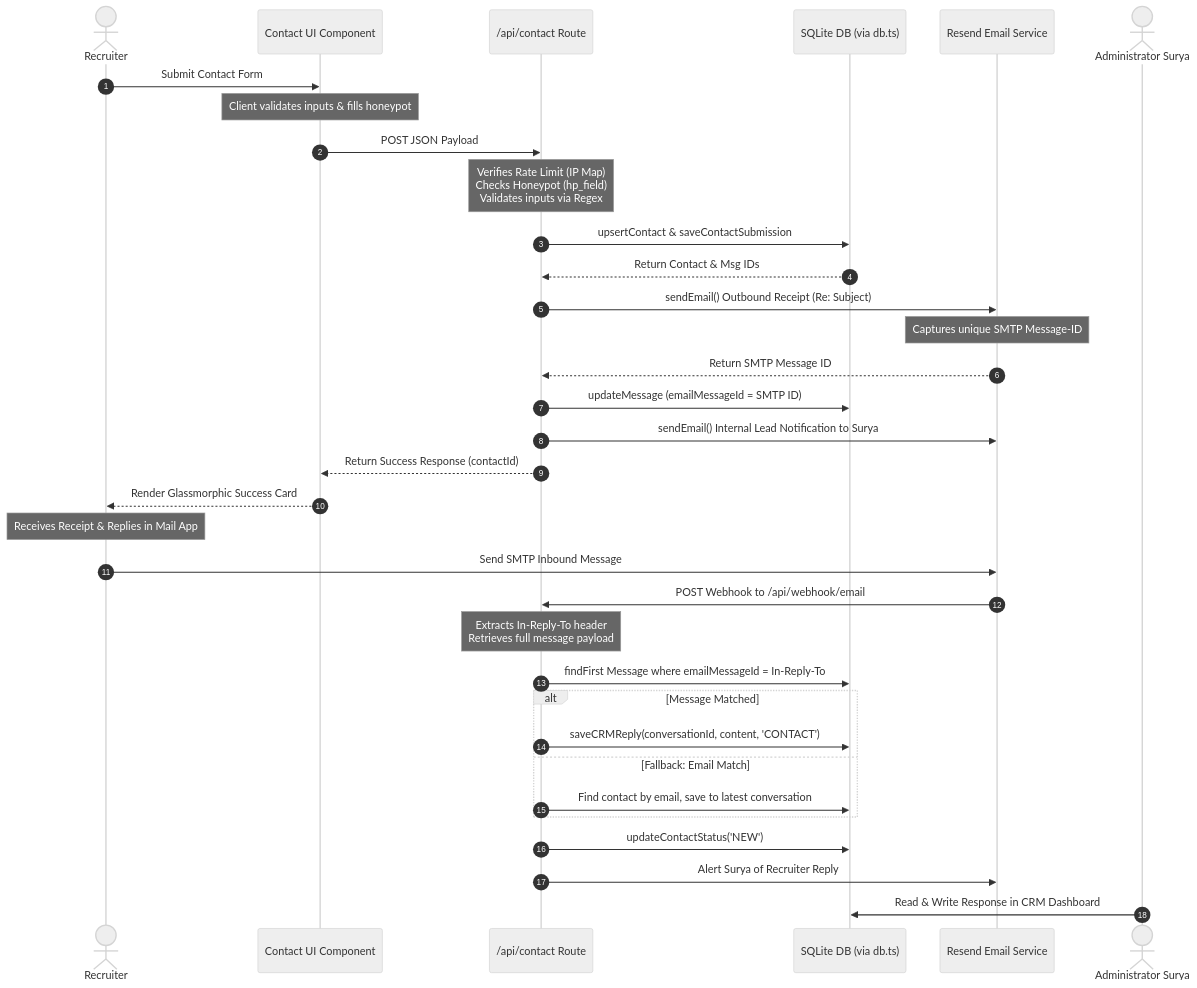
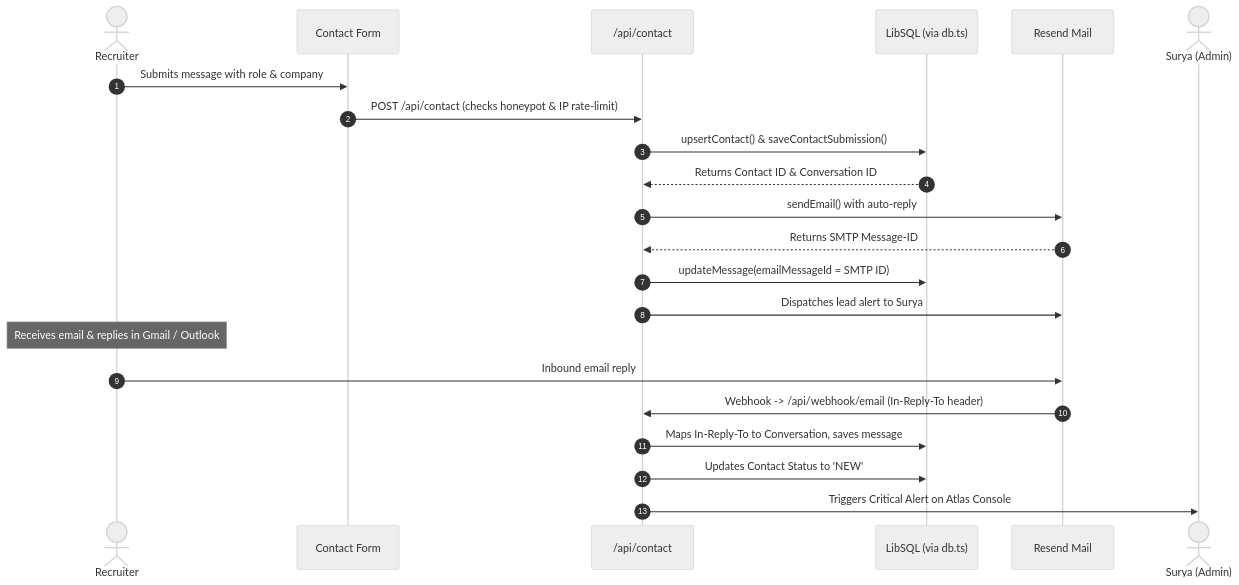
One commit to sgk18/SGK18_Portfolio changed the second of 4 diagrams in README.md. Above: the diagram before and after it, drawn with Mermaid (neutral theme). The commit also changed other lines of this file and 2 other files, not shown here.

Commit message:
docs: redesign README with beautify skill, project-native SVG hero, and module diagrams

````diff
--- a/README.md
+++ b/README.md
@@ -107,38 +110,26 @@
 ```mermaid
 sequenceDiagram
     autonumber
     actor Recruiter
-    participant UI as Contact UI Component
-    participant API as /api/contact Route
-    participant DB as SQLite DB (via db.ts)
-    participant Resend as Resend Email Service
-    actor Surya as Administrator Surya
+    participant Web as Contact Form
+    participant API as /api/contact
+    participant DB as LibSQL (via db.ts)
+    participant Resend as Resend Mail
+    actor Admin as Surya (Admin)
 
-    Recruiter->>UI: Submit Contact Form
-    Note over UI: Client validates inputs & fills honeypot
-    UI->>API: POST JSON Payload
-    Note over API: Verifies Rate Limit (IP Map)<br/>Checks Honeypot (hp_field)<br/>Validates inputs via Regex
-    API->>DB: upsertContact & saveContactSubmission
-    DB-->>API: Return Contact & Msg IDs
-    API->>Resend: sendEmail() Outbound Receipt (Re: Subject)
-    Note over Resend: Captures unique SMTP Message-ID
-    Resend-->>API: Return SMTP Message ID
-    API->>DB: updateMessage (emailMessageId = SMTP ID)
-    API->>Resend: sendEmail() Internal Lead Notification to Surya
-    API-->>UI: Return Success Response (contactId)
-    UI-->>Recruiter: Render Glassmorphic Success Card
+    Recruiter->>Web: Submits message with role & company
+    Web->>API: POST /api/contact (checks honeypot & IP rate-limit)
+    API->>DB: upsertContact() & saveContactSubmission()
+    DB-->>API: Returns Contact ID & Conversation ID
+    API->>Resend: sendEmail() with auto-reply
+    Resend-->>API: Returns SMTP Message-ID
+    API->>DB: updateMessage(emailMessageId = SMTP ID)
+    API->>Resend: Dispatches lead alert to Surya
     
-    Note over Recruiter: Receives Receipt & Replies in Mail App
-    Recruiter->>Resend: Send SMTP Inbound Message
-    Resend->>API: POST Webhook to /api/webhook/email
-    Note over API: Extracts In-Reply-To header<br/>Retrieves full message payload
-    API->>DB: findFirst Message where emailMessageId = In-Reply-To
-    alt Message Matched
-        API->>DB: saveCRMReply(conversationId, content, 'CONTACT')
-    else Fallback: Email Match
-        API->>DB: Find contact by email, save to latest conversation
-    end
-    API->>DB: updateContactStatus('NEW')
-    API->>Resend: Alert Surya of Recruiter Reply
-    Surya->>DB: Read & Write Response in CRM Dashboard
+    Note over Recruiter: Receives email & replies in Gmail / Outlook
+    Recruiter->>Resend: Inbound email reply
+    Resend->>API: Webhook -> /api/webhook/email (In-Reply-To header)
+    API->>DB: Maps In-Reply-To to Conversation, saves message
+    API->>DB: Updates Contact Status to 'NEW'
+    API->>Admin: Triggers Critical Alert on Atlas Console
 ```
````
